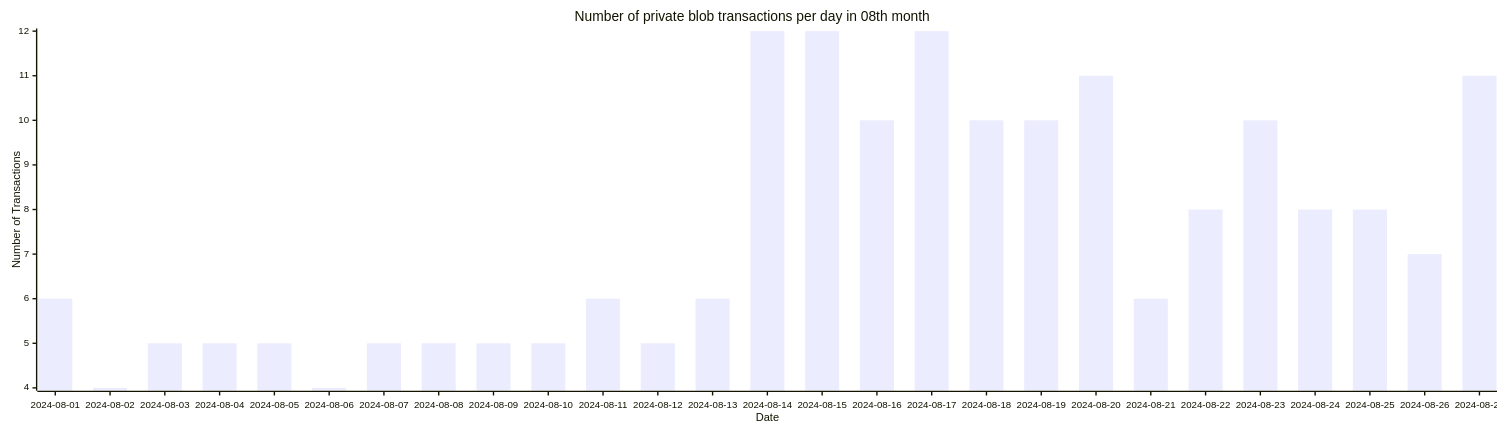
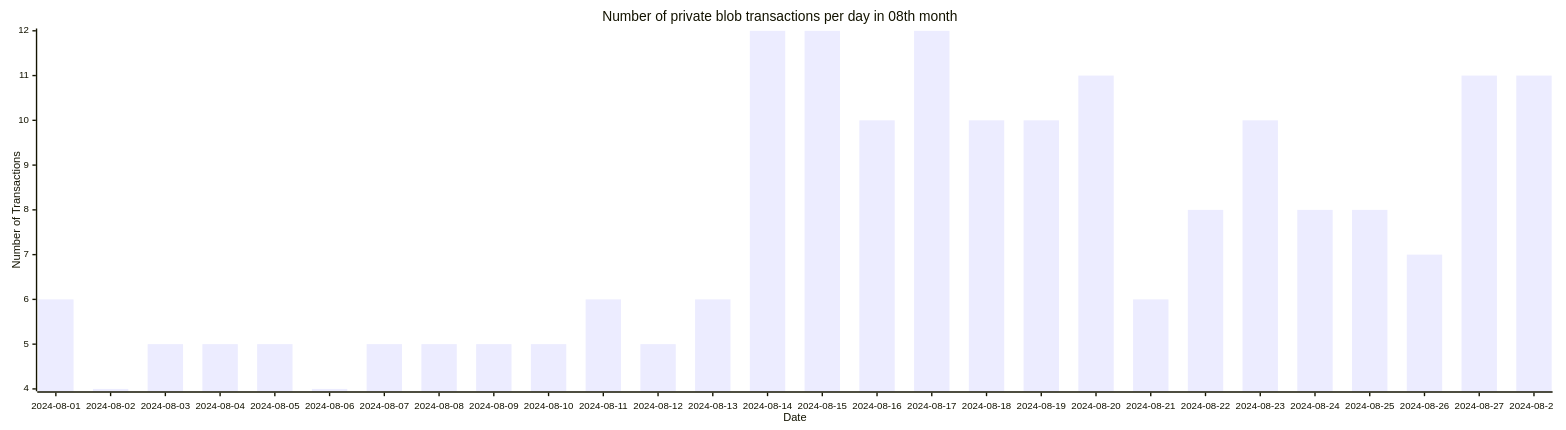
Before and after one commit to Amit0617/eip4844-data: the sixth of 6 diagrams in README.md, drawn with Mermaid. The commit also changed 1 other file, not shown here.

````diff
--- a/README.md
+++ b/README.md
@@ -66,12 +66,12 @@
 ```mermaid
 ---
 config:
     xyChart:
-        width: 2160
+        width: 2240
         height: 600
 ---
 xychart-beta title "Number of private blob transactions per day in 08th month"
-x-axis "Date" [2024-08-01,2024-08-02,2024-08-03,2024-08-04,2024-08-05,2024-08-06,2024-08-07,2024-08-08,2024-08-09,2024-08-10,2024-08-11,2024-08-12,2024-08-13,2024-08-14,2024-08-15,2024-08-16,2024-08-17,2024-08-18,2024-08-19,2024-08-20,2024-08-21,2024-08-22,2024-08-23,2024-08-24,2024-08-25,2024-08-26,2024-08-27]
+x-axis "Date" [2024-08-01,2024-08-02,2024-08-03,2024-08-04,2024-08-05,2024-08-06,2024-08-07,2024-08-08,2024-08-09,2024-08-10,2024-08-11,2024-08-12,2024-08-13,2024-08-14,2024-08-15,2024-08-16,2024-08-17,2024-08-18,2024-08-19,2024-08-20,2024-08-21,2024-08-22,2024-08-23,2024-08-24,2024-08-25,2024-08-26,2024-08-27,2024-08-28]
 y-axis "Number of Transactions"
-bar[6,4,5,5,5,4,5,5,5,5,6,5,6,12,12,10,12,10,10,11,6,8,10,8,8,7,11]
+bar[6,4,5,5,5,4,5,5,5,5,6,5,6,12,12,10,12,10,10,11,6,8,10,8,8,7,11,11]
 ```
````
